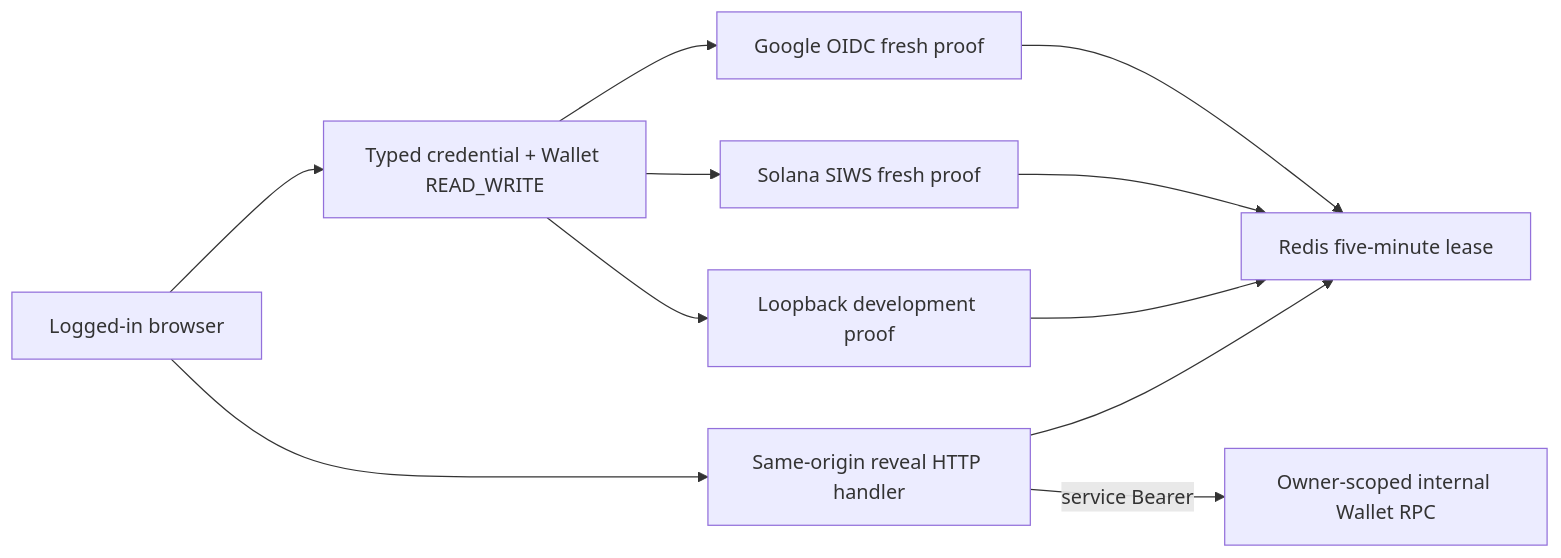
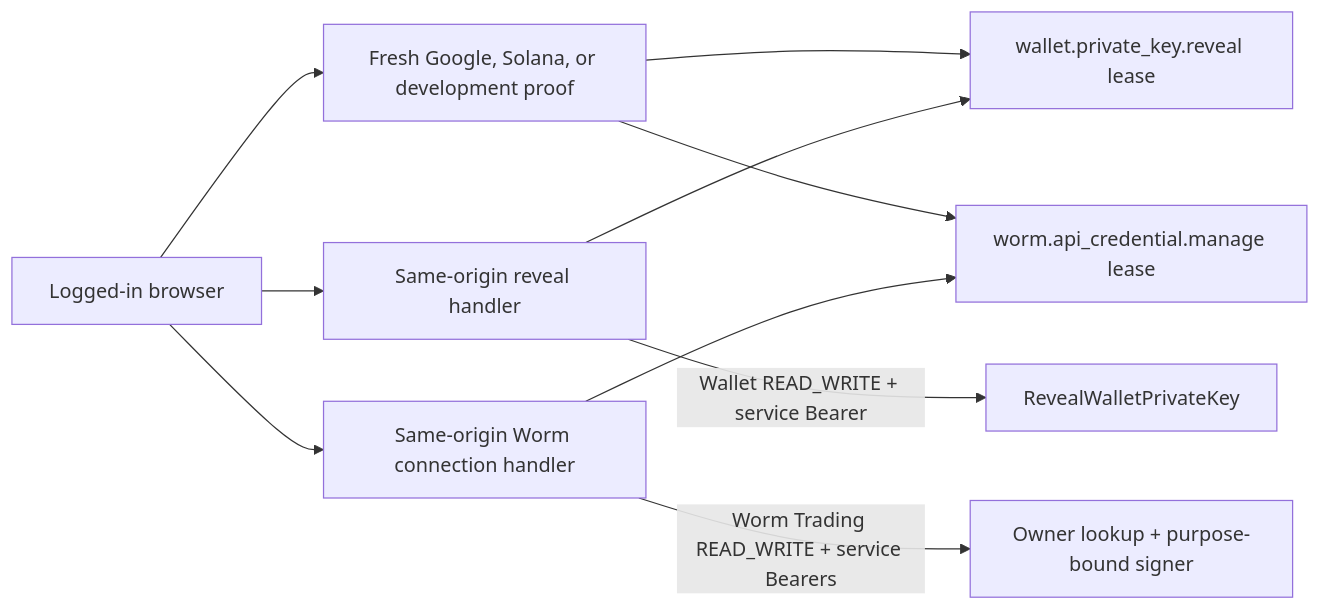
One commit to useryege/athena-o changed the diagram in docs/design/identity-access/wallet-secret-reauthentication.md. Above: the diagram before and after it, drawn with Mermaid. The commit also changed other lines of this file and 64 other files, not shown here.

````diff
--- a/docs/design/identity-access/wallet-secret-reauthentication.md
+++ b/docs/design/identity-access/wallet-secret-reauthentication.md
@@ -36,13 +39,12 @@
 ```mermaid
 flowchart LR
-    B["Logged-in browser"] --> A["Typed credential + Wallet READ_WRITE"]
-    A --> G["Google OIDC fresh proof"]
-    A --> S["Solana SIWS fresh proof"]
-    A --> L["Loopback development proof"]
-    G --> R["Redis five-minute lease"]
-    S --> R
-    L --> R
-    B --> H["Same-origin reveal HTTP handler"]
-    H --> R
-    H -->|"service Bearer"| W["Owner-scoped internal Wallet RPC"]
+    B["Logged-in browser"] --> P["Fresh Google, Solana, or development proof"]
+    P --> R1["wallet.private_key.reveal lease"]
+    P --> R2["worm.api_credential.manage lease"]
+    B --> H1["Same-origin reveal handler"]
+    B --> H2["Same-origin Worm connection handler"]
+    H1 --> R1
+    H2 --> R2
+    H1 -->|"Wallet READ_WRITE + service Bearer"| W1["RevealWalletPrivateKey"]
+    H2 -->|"Worm Trading READ_WRITE + service Bearers"| W2["Owner lookup + purpose-bound signer"]
 ```
````
